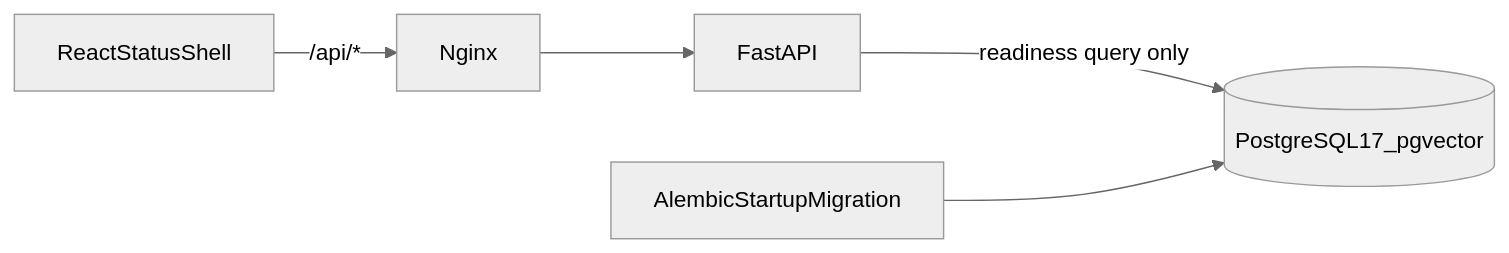
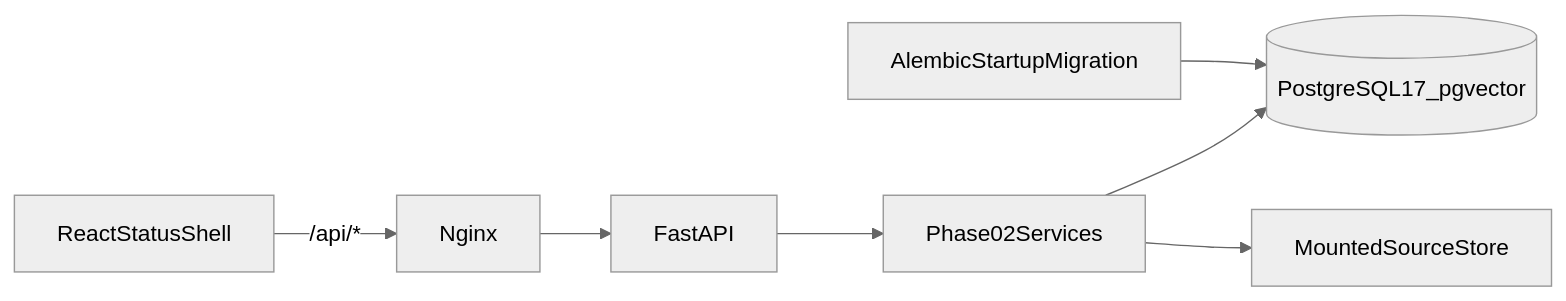
One commit to Rahul9214/doctask-rahul-ranjan changed the first of 4 diagrams in docs/architecture.md. Above: the diagram before and after it, drawn with Mermaid (neutral theme). The commit also changed other lines of this file and 45 other files, not shown here.

````diff
--- a/docs/architecture.md
+++ b/docs/architecture.md
@@ -50,7 +51,9 @@
 ```mermaid
 flowchart LR
     Browser[ReactStatusShell] -->|/api/*| Nginx[Nginx]
     Nginx --> API[FastAPI]
-    API -->|readiness query only| DB[(PostgreSQL17_pgvector)]
+    API --> Services[Phase02Services]
+    Services --> DB[(PostgreSQL17_pgvector)]
+    Services --> Store[MountedSourceStore]
     Alembic[AlembicStartupMigration] --> DB
 ```
````
